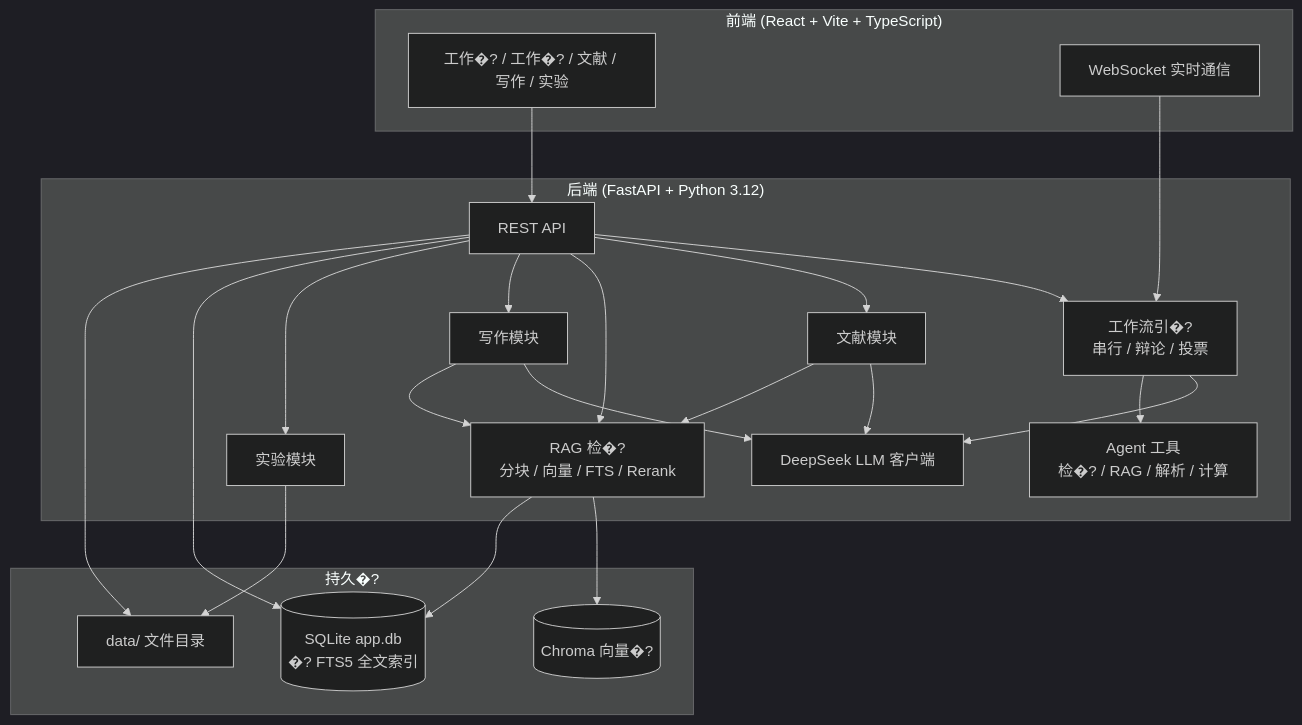
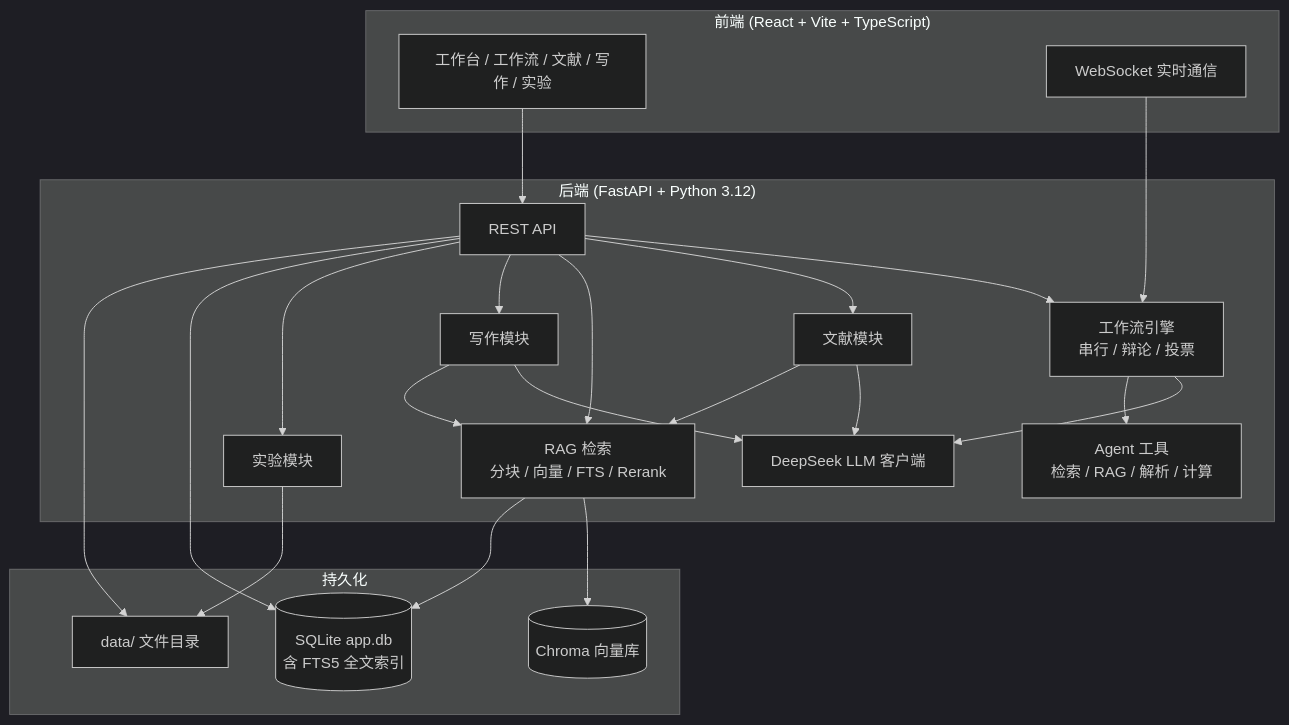
The diagram in README.md (Gangan-njust/CrewMind), drawn with Mermaid (dark theme) before and after one commit. The commit also changed other lines of this file, not shown here.

````diff
--- a/README.md
+++ b/README.md
@@ -86,43 +84,43 @@
 ```mermaid
 flowchart TB
   subgraph Frontend["前端 (React + Vite + TypeScript)"]
-    UI[工作�? / 工作�? / 文献 / 写作 / 实验]
+    UI[工作台 / 工作流 / 文献 / 写作 / 实验]
     WS[WebSocket 实时通信]
   end
 
   subgraph Backend["后端 (FastAPI + Python 3.12)"]
-  API[REST API]
-  Crew[工作流引�?<br/>串行 / 辩论 / 投票]
-  Lit[文献模块]
-  RAG[RAG 检�?<br/>分块 / 向量 / FTS / Rerank]
-  Write[写作模块]
-  Exp[实验模块]
-  LLM[DeepSeek LLM 客户端]
-  Tools[Agent 工具<br/>检�? / RAG / 解析 / 计算]
+    API[REST API]
+    Crew[工作流引擎<br/>串行 / 辩论 / 投票]
+    Lit[文献模块]
+    RAG[RAG 检索<br/>分块 / 向量 / FTS / Rerank]
+    Write[写作模块]
+    Exp[实验模块]
+    LLM[DeepSeek LLM 客户端]
+    Tools[Agent 工具<br/>检索 / RAG / 解析 / 计算]
   end
 
-  subgraph Storage["持久�?"]
-  DB[(SQLite app.db<br/>�? FTS5 全文索引)]
-  Chroma[(Chroma 向量�?)]
-  Files[data/ 文件目录]
+  subgraph Storage["持久化"]
+    DB[(SQLite app.db<br/>含 FTS5 全文索引)]
+    Chroma[(Chroma 向量库)]
+    Files[data/ 文件目录]
   end
 
   UI --> API
   WS --> Crew
   API --> Crew
   API --> Lit
   API --> RAG
   API --> Write
   API --> Exp
   Crew --> LLM
   Crew --> Tools
   Lit --> LLM
   Lit --> RAG
   Write --> LLM
   Write --> RAG
   Exp --> Files
   RAG --> Chroma
   RAG --> DB
   API --> DB
   API --> Files
 ```
````
